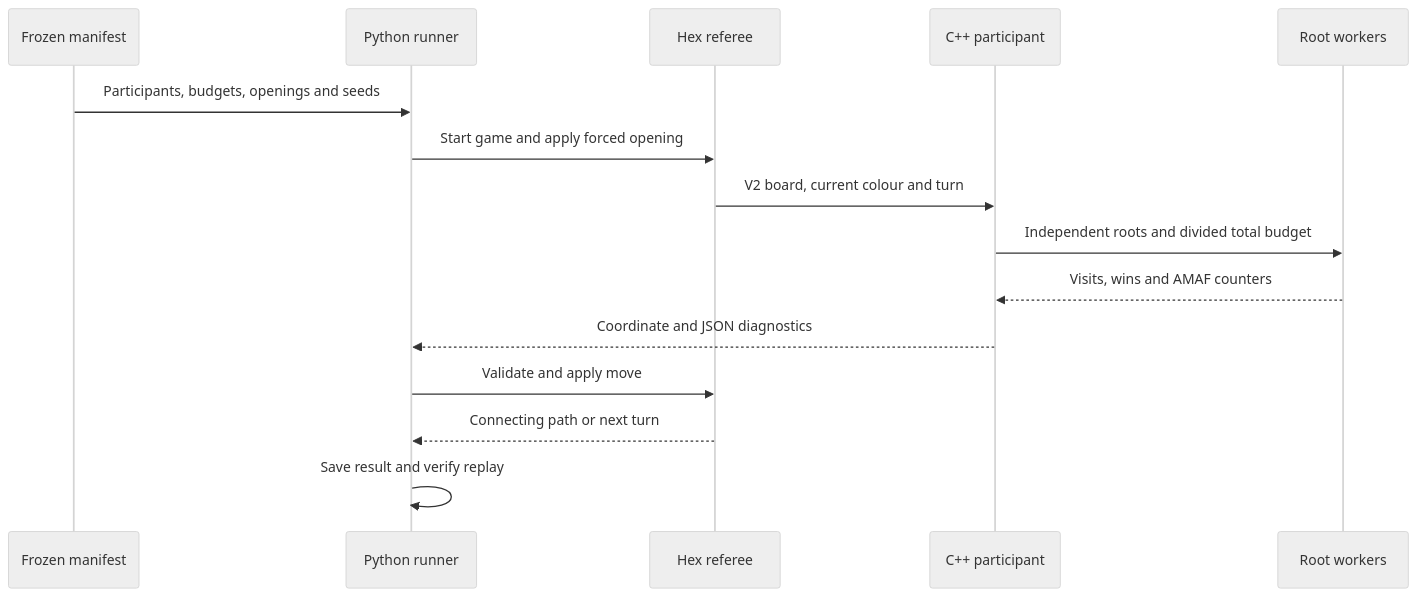
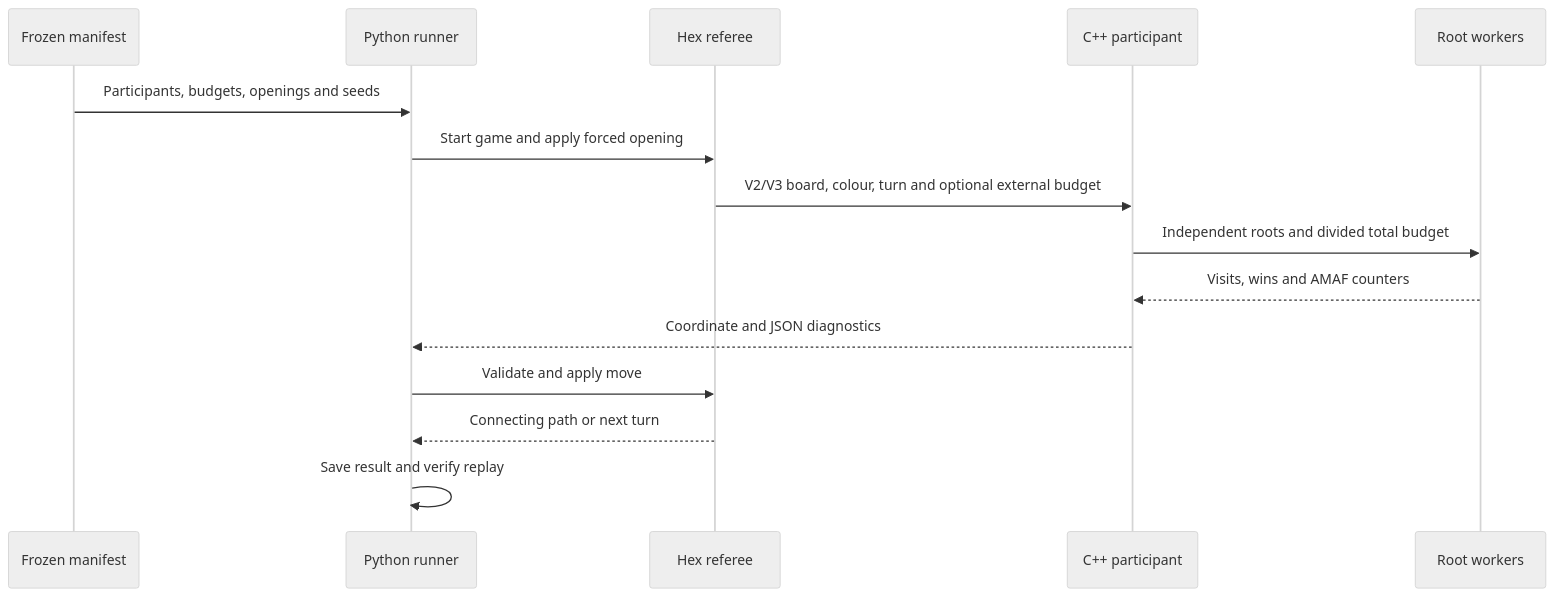
One commit to Dongmyung378/AI-and-Games changed the diagram in docs/architecture.md. Above: the diagram before and after it, drawn with Mermaid (neutral theme). The commit also changed other lines of this file and 2073 other files, not shown here.

````diff
--- a/docs/architecture.md
+++ b/docs/architecture.md
@@ -18,17 +18,17 @@
 ```mermaid
 sequenceDiagram
     participant Manifest as Frozen manifest
     participant Runner as Python runner
     participant Referee as Hex referee
     participant Native as C++ participant
     participant Workers as Root workers
     Manifest->>Runner: Participants, budgets, openings and seeds
     Runner->>Referee: Start game and apply forced opening
-    Referee->>Native: V2 board, current colour and turn
+    Referee->>Native: V2/V3 board, colour, turn and optional external budget
     Native->>Workers: Independent roots and divided total budget
     Workers-->>Native: Visits, wins and AMAF counters
     Native-->>Runner: Coordinate and JSON diagnostics
     Runner->>Referee: Validate and apply move
     Referee-->>Runner: Connecting path or next turn
     Runner->>Runner: Save result and verify replay
 ```
````
